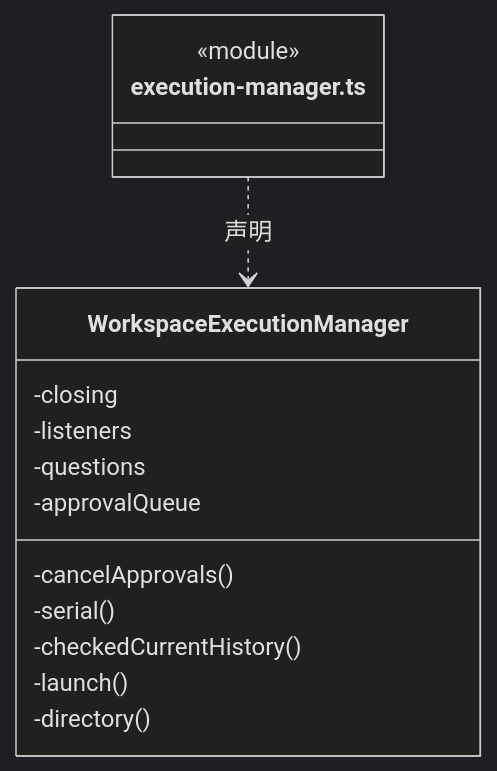
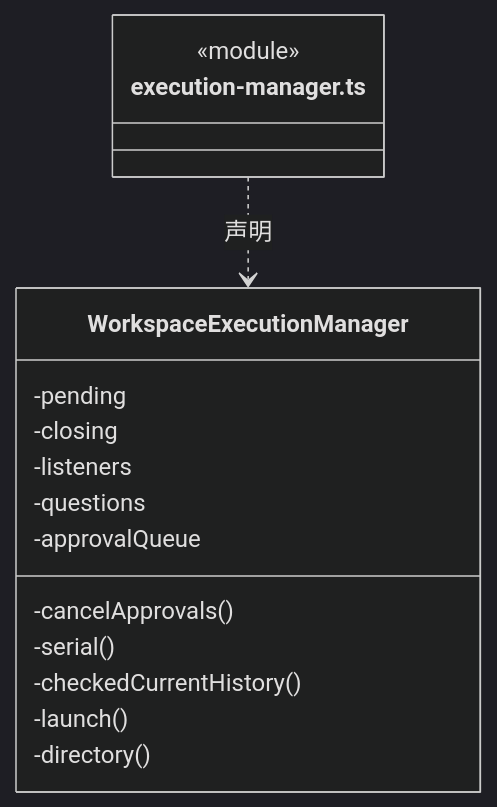
One commit to nan023062/cbim changed the tenth of 38 diagrams in src/backend/scheduler-engine/execution/ARCHITECTURE.md. Above: the diagram before and after it, drawn with Mermaid (dark theme). The commit also changed other lines of this file and 53 other files, not shown here.

````diff
--- a/src/backend/scheduler-engine/execution/ARCHITECTURE.md
+++ b/src/backend/scheduler-engine/execution/ARCHITECTURE.md
@@ -327,18 +338,19 @@
 ```mermaid
 classDiagram
 class N_src_backend_scheduler_engine_execution_execution_manager_ts["execution-manager.ts"] {
   <<module>>
 }
 class N_src_backend_scheduler_engine_execution_execution_manager_ts_WorkspaceExecutionManager["WorkspaceExecutionManager"] {
+  -pending
   -closing
   -listeners
   -questions
   -approvalQueue
   -cancelApprovals()
   -serial()
   -checkedCurrentHistory()
   -launch()
   -directory()
 }
 N_src_backend_scheduler_engine_execution_execution_manager_ts ..> N_src_backend_scheduler_engine_execution_execution_manager_ts_WorkspaceExecutionManager : 声明
 ```
````
